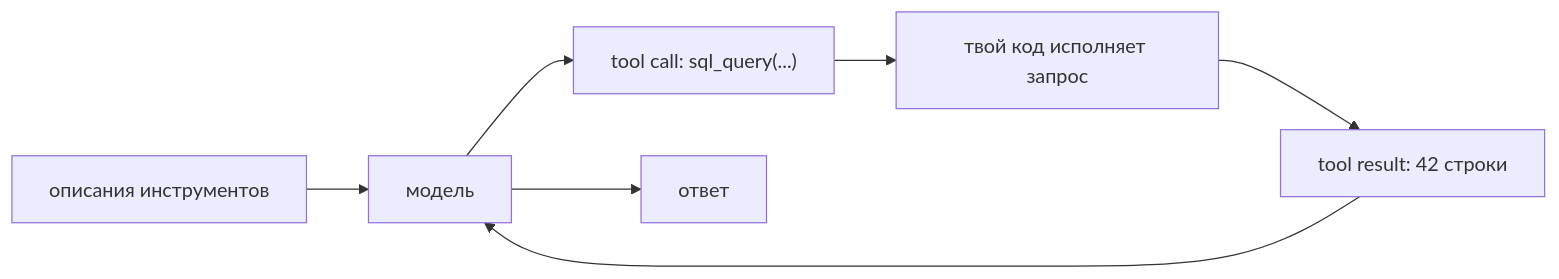
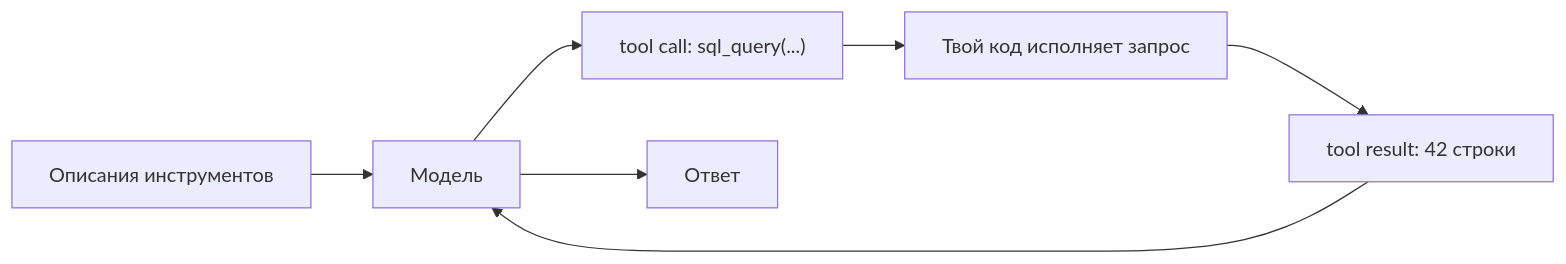
One commit to NikolaiSachok/enterprise-rag-agents-handbook changed the diagram in docs/part-2-agents/tool-use.md. Above: the diagram before and after it, drawn with Mermaid. The commit also changed other lines of this file and 3 other files, not shown here.

````diff
--- a/docs/part-2-agents/tool-use.md
+++ b/docs/part-2-agents/tool-use.md
@@ -53,9 +52,9 @@
 ```mermaid
 flowchart LR
-    Defs["описания инструментов"] --> M["модель"]
+    Defs["Описания инструментов"] --> M["Модель"]
     M --> TC["tool call: sql_query(...)"]
-    TC --> X["твой код исполняет запрос"]
+    TC --> X["Твой код исполняет запрос"]
     X --> TR["tool result: 42 строки"]
     TR --> M
-    M --> Ans["ответ"]
+    M --> Ans["Ответ"]
 ```
````
